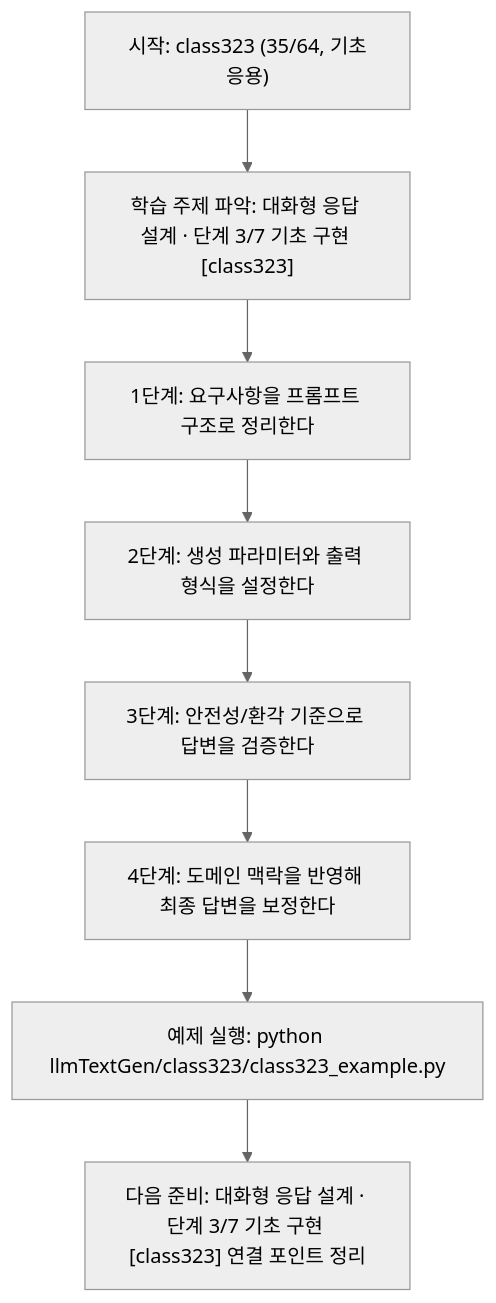
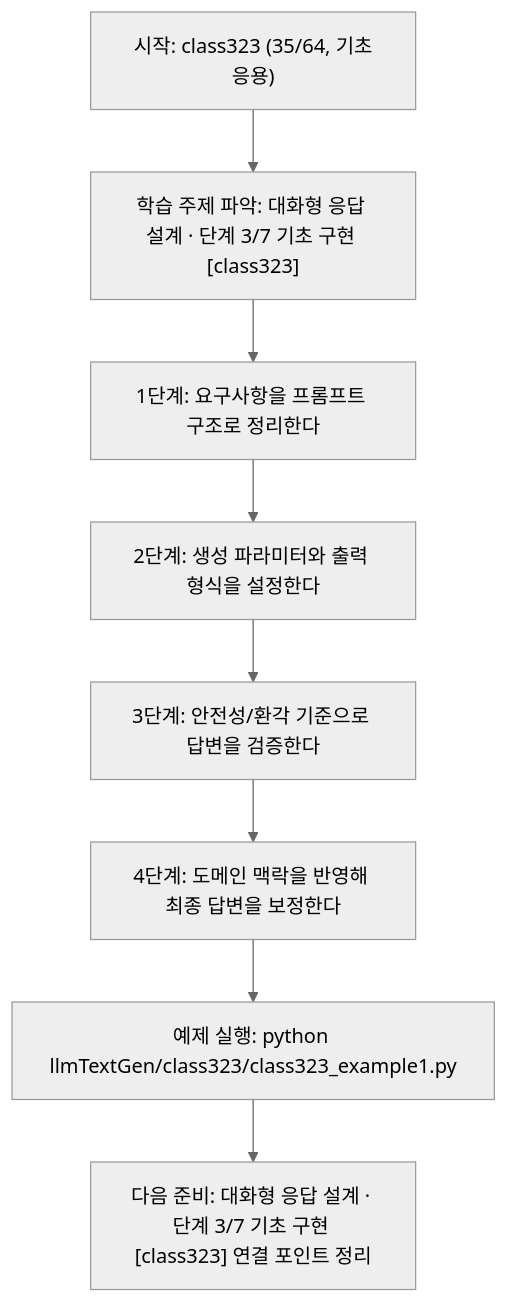
One commit to edumgt/Python-AI_Agent-Class changed the diagram in llmTextGen/class323/class323.md. Above: the diagram before and after it, drawn with Mermaid (neutral theme). The commit also changed other lines of this file and 2959 other files, not shown here.

````diff
--- a/llmTextGen/class323/class323.md
+++ b/llmTextGen/class323/class323.md
@@ -114,18 +114,18 @@
 ```mermaid
 flowchart TD
 N1["시작: class323 (35/64, 기초응용)"]
 N2["학습 주제 파악: 대화형 응답 설계 · 단계 3/7 기초 구현 [class323]"]
 N3["1단계: 요구사항을 프롬프트 구조로 정리한다"]
 N4["2단계: 생성 파라미터와 출력 형식을 설정한다"]
 N5["3단계: 안전성/환각 기준으로 답변을 검증한다"]
 N6["4단계: 도메인 맥락을 반영해 최종 답변을 보정한다"]
-N7["예제 실행: python llmTextGen/class323/class323_example.py"]
+N7["예제 실행: python llmTextGen/class323/class323_example1.py"]
 N8["다음 준비: 대화형 응답 설계 · 단계 3/7 기초 구현 [class323] 연결 포인트 정리"]
 N1 --> N2
 N2 --> N3
 N3 --> N4
 N4 --> N5
 N5 --> N6
 N6 --> N7
 N7 --> N8
 ```
````
